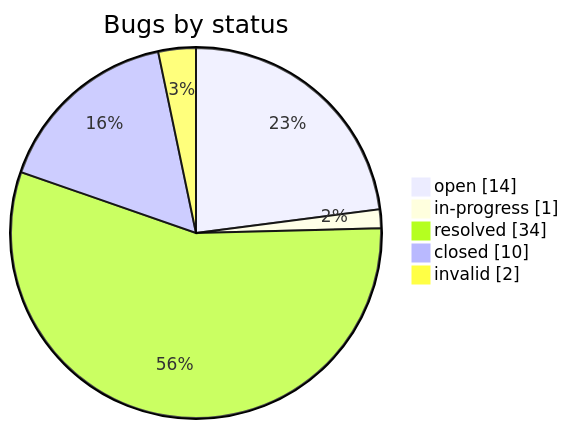
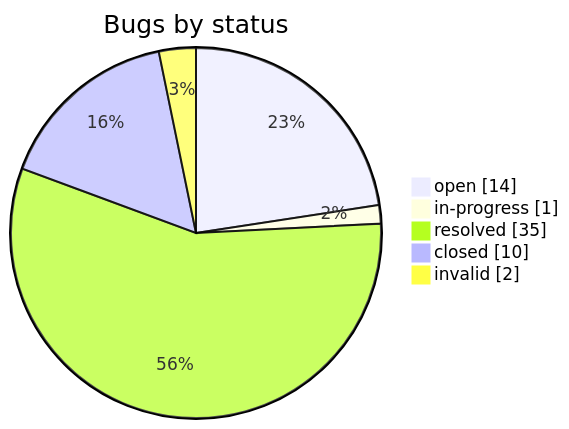
One commit to iammaxsu/automatic-testing-architecture changed the second of 2 diagrams in STATUS.md. Above: the diagram before and after it, drawn with Mermaid. The commit also changed other lines of this file and 3 other files, not shown here.

````diff
--- a/STATUS.md
+++ b/STATUS.md
@@ -165,8 +165,8 @@
 ```mermaid
 pie showData title Bugs by status
     "open" : 14
     "in-progress" : 1
-    "resolved" : 34
+    "resolved" : 35
     "closed" : 10
     "invalid" : 2
 ```
````
